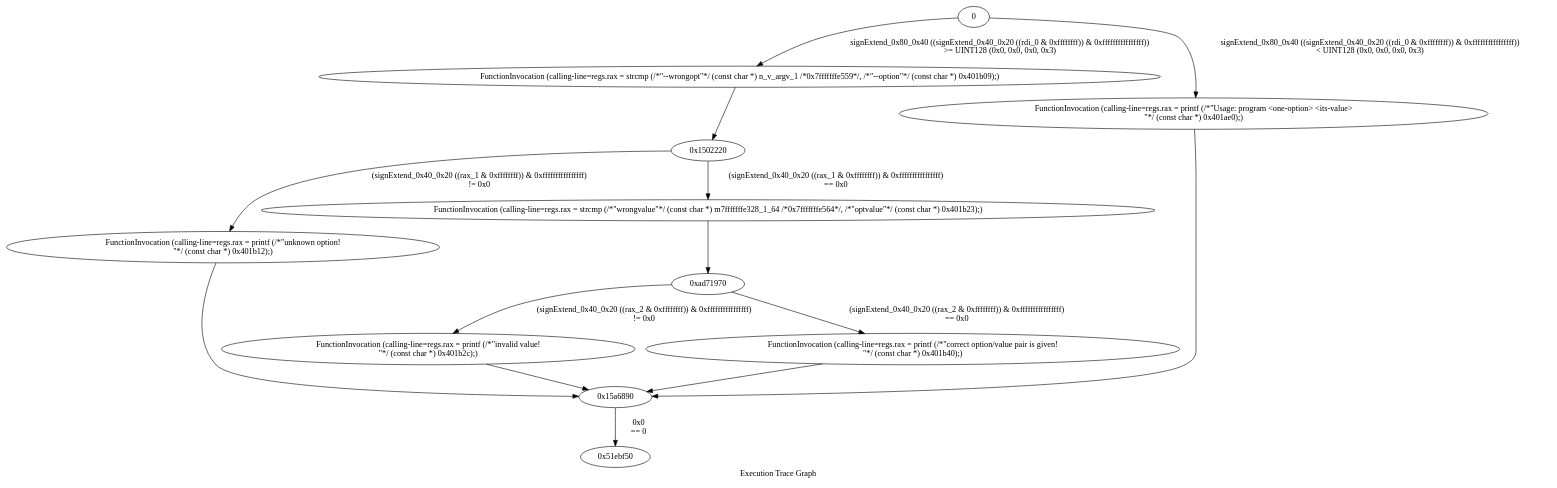
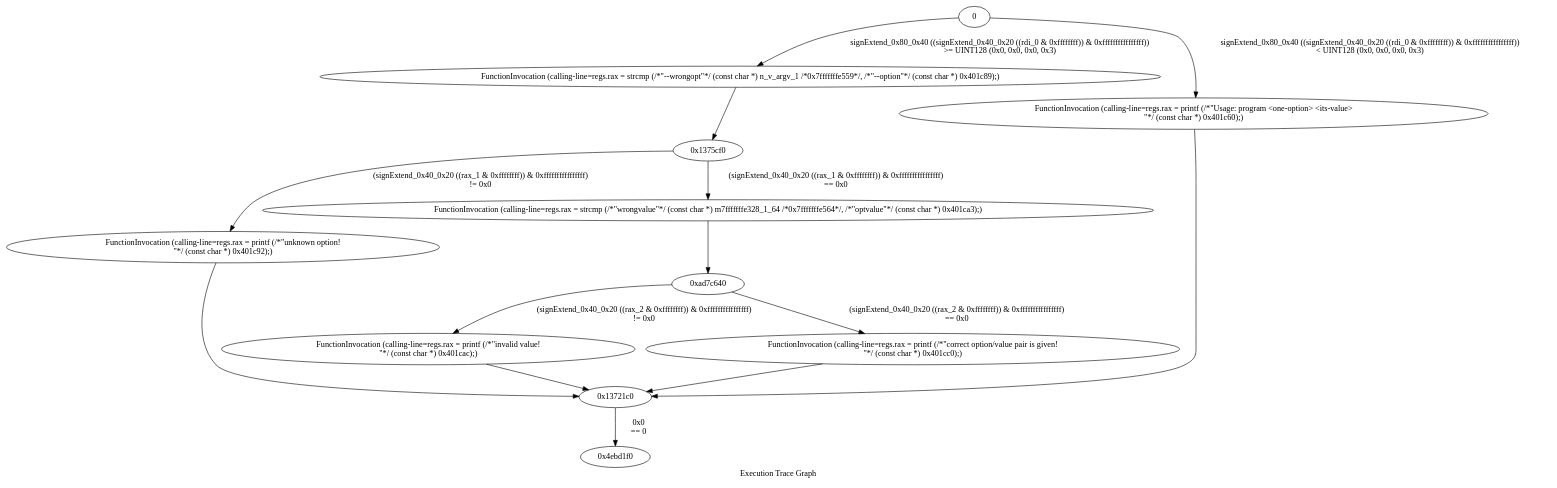
Before and after one commit to S4Lab/twinner: the diagram in cfgs/input2.vo.twin.etg.dot, drawn with Graphviz. The commit also changed 165 other files, not shown here.

```diff
--- a/cfgs/input2.vo.twin.etg.dot
+++ b/cfgs/input2.vo.twin.etg.dot
@@ -1,35 +1,35 @@
 digraph "Execution Trace Graph" {
 	label="Execution Trace Graph";
 
 	Node0 [label = "0"];
-	Node0x138aba0 [label = "FunctionInvocation (calling-line=regs.rax = printf (/*\"unknown option!\n\"*/ (const char *) 0x401b12);)"];
-	Node0x1502220 [label = "0x1502220"];
-	Node0x15a6890 [label = "0x15a6890"];
-	Node0x304ebc0 [label = "FunctionInvocation (calling-line=regs.rax = printf (/*\"invalid value!\n\"*/ (const char *) 0x401b2c);)"];
-	Node0x51ebf50 [label = "0x51ebf50"];
-	Node0x6ca79d0 [label = "FunctionInvocation (calling-line=regs.rax = printf (/*\"correct option/value pair is given!\n\"*/ (const char *) 0x401b40);)"];
-	Node0xad71970 [label = "0xad71970"];
-	Node0x10025900 [label = "FunctionInvocation (calling-line=regs.rax = strcmp (/*\"--wrongopt\"*/ (const char *) n_v_argv_1 /*0x7fffffffe559*/, /*\"--option\"*/ (const char *) 0x401b09);)"];
-	Node0x11df9b40 [label = "FunctionInvocation (calling-line=regs.rax = strcmp (/*\"wrongvalue\"*/ (const char *) m7fffffffe328_1_64 /*0x7fffffffe564*/, /*\"optvalue\"*/ (const char *) 0x401b23);)"];
-	Node0x12726920 [label = "FunctionInvocation (calling-line=regs.rax = printf (/*\"Usage: program <one-option> <its-value>\n\"*/ (const char *) 0x401ae0);)"];
-	Node0 -> Node0x10025900 [label = "signExtend_0x80_0x40 ((signExtend_0x40_0x20 ((rdi_0 & 0xffffffff)) & 0xffffffffffffffff))
+	Node0x13721c0 [label = "0x13721c0"];
+	Node0x1375cf0 [label = "0x1375cf0"];
+	Node0x1399600 [label = "FunctionInvocation (calling-line=regs.rax = printf (/*\"unknown option!\n\"*/ (const char *) 0x401c92);)"];
+	Node0x370a370 [label = "FunctionInvocation (calling-line=regs.rax = printf (/*\"invalid value!\n\"*/ (const char *) 0x401cac);)"];
+	Node0x4ebd1f0 [label = "0x4ebd1f0"];
+	Node0x7fb3ff0 [label = "FunctionInvocation (calling-line=regs.rax = printf (/*\"correct option/value pair is given!\n\"*/ (const char *) 0x401cc0);)"];
+	Node0xad7c640 [label = "0xad7c640"];
+	Node0xcf4daa0 [label = "FunctionInvocation (calling-line=regs.rax = strcmp (/*\"--wrongopt\"*/ (const char *) n_v_argv_1 /*0x7fffffffe559*/, /*\"--option\"*/ (const char *) 0x401c89);)"];
+	Node0x1160be20 [label = "FunctionInvocation (calling-line=regs.rax = printf (/*\"Usage: program <one-option> <its-value>\n\"*/ (const char *) 0x401c60);)"];
+	Node0x13925a10 [label = "FunctionInvocation (calling-line=regs.rax = strcmp (/*\"wrongvalue\"*/ (const char *) m7fffffffe328_1_64 /*0x7fffffffe564*/, /*\"optvalue\"*/ (const char *) 0x401ca3);)"];
+	Node0 -> Node0xcf4daa0 [label = "signExtend_0x80_0x40 ((signExtend_0x40_0x20 ((rdi_0 & 0xffffffff)) & 0xffffffffffffffff))
 	 >= UINT128 (0x0, 0x0, 0x0, 0x3)"];
-	Node0x10025900 -> Node0x1502220 [label = ""];
-	Node0 -> Node0x12726920 [label = "signExtend_0x80_0x40 ((signExtend_0x40_0x20 ((rdi_0 & 0xffffffff)) & 0xffffffffffffffff))
+	Node0xcf4daa0 -> Node0x1375cf0 [label = ""];
+	Node0 -> Node0x1160be20 [label = "signExtend_0x80_0x40 ((signExtend_0x40_0x20 ((rdi_0 & 0xffffffff)) & 0xffffffffffffffff))
 	 < UINT128 (0x0, 0x0, 0x0, 0x3)"];
-	Node0x12726920 -> Node0x15a6890 [label = ""];
-	Node0x1502220 -> Node0x138aba0 [label = "(signExtend_0x40_0x20 ((rax_1 & 0xffffffff)) & 0xffffffffffffffff)
+	Node0x1160be20 -> Node0x13721c0 [label = ""];
+	Node0x1375cf0 -> Node0x1399600 [label = "(signExtend_0x40_0x20 ((rax_1 & 0xffffffff)) & 0xffffffffffffffff)
 	 != 0x0"];
-	Node0x138aba0 -> Node0x15a6890 [label = ""];
-	Node0x1502220 -> Node0x11df9b40 [label = "(signExtend_0x40_0x20 ((rax_1 & 0xffffffff)) & 0xffffffffffffffff)
+	Node0x1399600 -> Node0x13721c0 [label = ""];
+	Node0x1375cf0 -> Node0x13925a10 [label = "(signExtend_0x40_0x20 ((rax_1 & 0xffffffff)) & 0xffffffffffffffff)
 	 == 0x0"];
-	Node0x11df9b40 -> Node0xad71970 [label = ""];
-	Node0x15a6890 -> Node0x51ebf50 [label = "0x0
+	Node0x13925a10 -> Node0xad7c640 [label = ""];
+	Node0x13721c0 -> Node0x4ebd1f0 [label = "0x0
 	 == 0"];
-	Node0xad71970 -> Node0x304ebc0 [label = "(signExtend_0x40_0x20 ((rax_2 & 0xffffffff)) & 0xffffffffffffffff)
+	Node0xad7c640 -> Node0x370a370 [label = "(signExtend_0x40_0x20 ((rax_2 & 0xffffffff)) & 0xffffffffffffffff)
 	 != 0x0"];
-	Node0x304ebc0 -> Node0x15a6890 [label = ""];
-	Node0xad71970 -> Node0x6ca79d0 [label = "(signExtend_0x40_0x20 ((rax_2 & 0xffffffff)) & 0xffffffffffffffff)
+	Node0x370a370 -> Node0x13721c0 [label = ""];
+	Node0xad7c640 -> Node0x7fb3ff0 [label = "(signExtend_0x40_0x20 ((rax_2 & 0xffffffff)) & 0xffffffffffffffff)
 	 == 0x0"];
-	Node0x6ca79d0 -> Node0x15a6890 [label = ""];
+	Node0x7fb3ff0 -> Node0x13721c0 [label = ""];
 }
```
